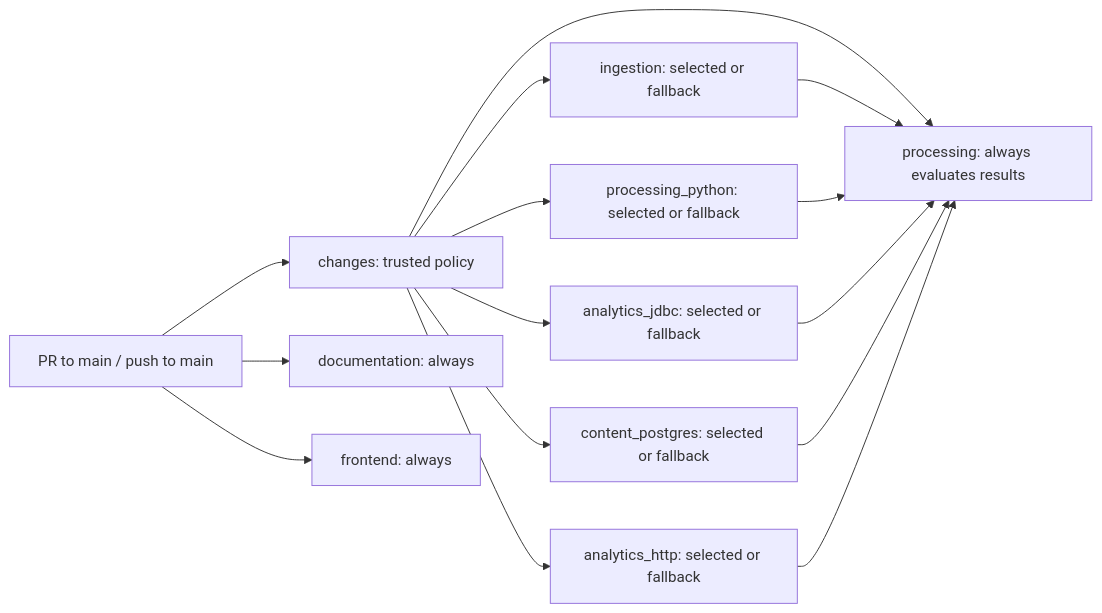
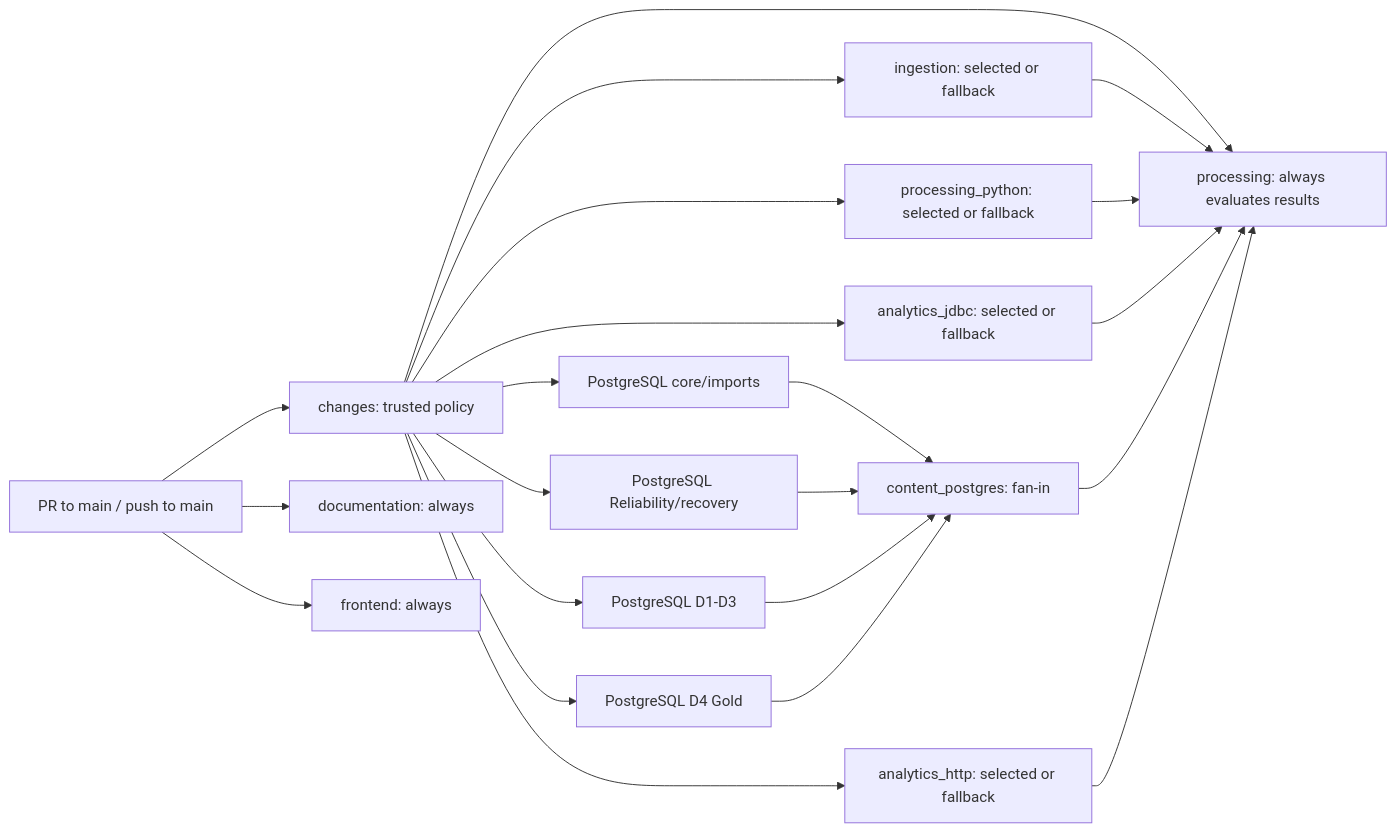
The diagram in docs/operations/ci.md (saurabh-tayade/distributed-data-intelligence-platform), drawn with Mermaid before and after one commit. The commit also changed other lines of this file and 11 other files, not shown here.

Commit message:
fix(ci): stabilize D4 launch fixture and partition PostgreSQL tests

````diff
--- a/docs/operations/ci.md
+++ b/docs/operations/ci.md
@@ -21,17 +23,24 @@
 ```mermaid
 flowchart LR
   event[PR to main / push to main] --> changes[changes: trusted policy]
   event --> docs[documentation: always]
   event --> frontend[frontend: always]
   changes --> ingestion[ingestion: selected or fallback]
   changes --> python[processing_python: selected or fallback]
   changes --> jdbc[analytics_jdbc: selected or fallback]
-  changes --> postgres[content_postgres: selected or fallback]
+  changes --> pgcore[PostgreSQL core/imports]
+  changes --> pgrel[PostgreSQL Reliability/recovery]
+  changes --> pgingest[PostgreSQL D1-D3]
+  changes --> pggold[PostgreSQL D4 Gold]
+  pgcore --> postgres[content_postgres: fan-in]
+  pgrel --> postgres
+  pgingest --> postgres
+  pggold --> postgres
   changes --> http[analytics_http: selected or fallback]
   changes --> gate[processing: always evaluates results]
   ingestion --> gate
   python --> gate
   jdbc --> gate
   postgres --> gate
   http --> gate
 ```
````
